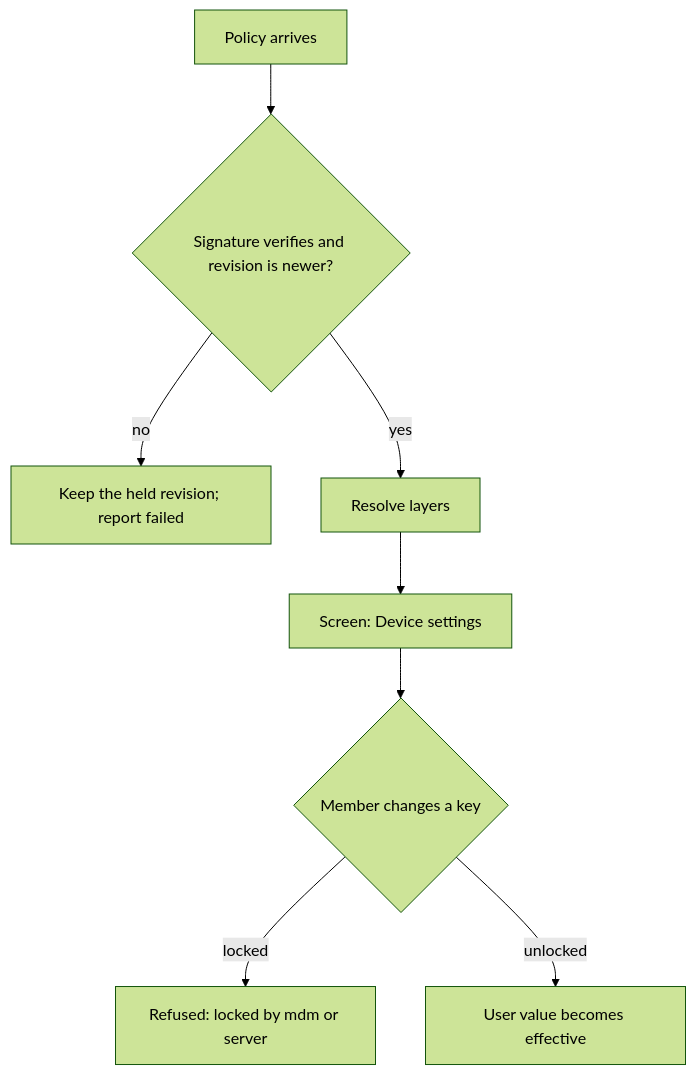
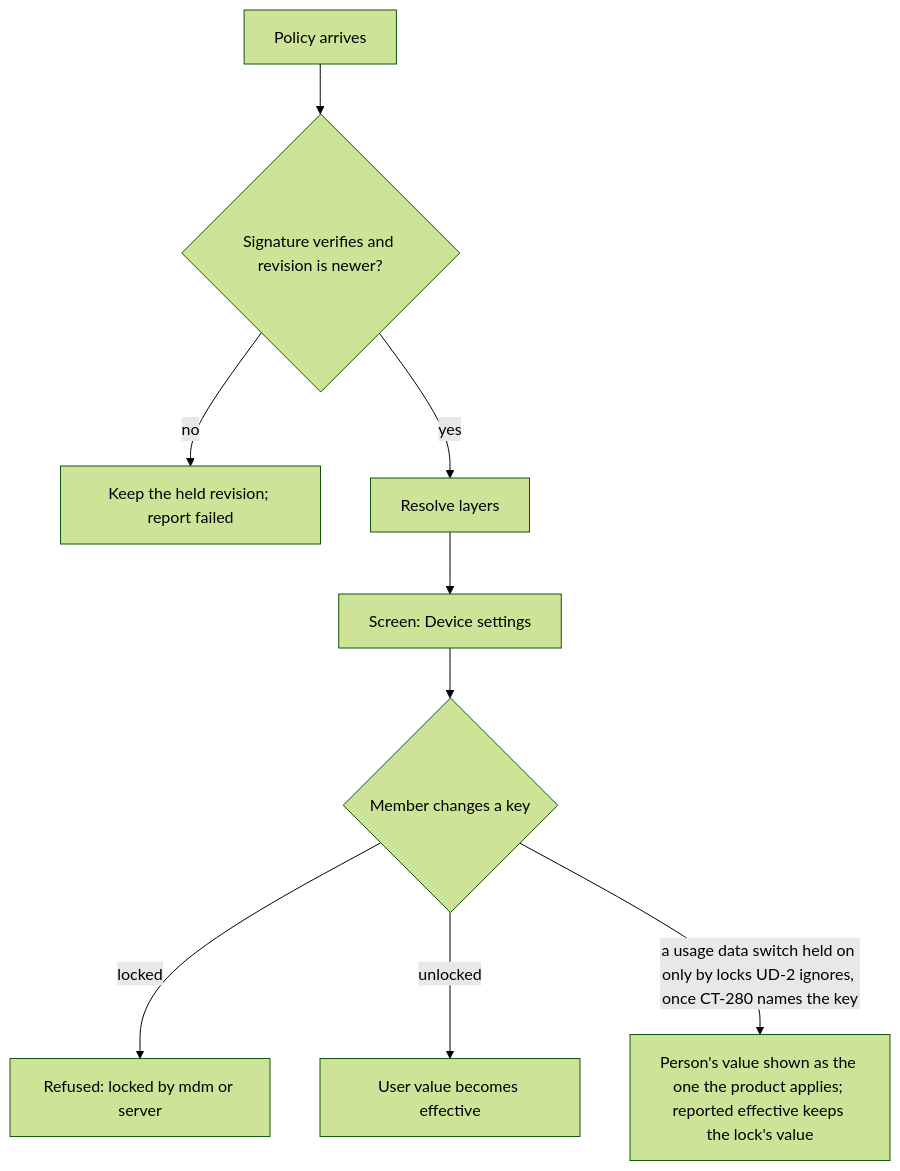
Before and after one commit to passioncode-ai/fabric-agent-contract: the seventh of 34 diagrams in docs/ux/flows.md, drawn with Mermaid (forest theme). The commit also changed other lines of this file and 19 other files, not shown here.

First line of the commit message:
DEC-0157 (CT-216): anonymous usage and error data, each product's own switch (#318)

````diff
--- a/docs/ux/flows.md
+++ b/docs/ux/flows.md
@@ -185,10 +185,11 @@
 ```mermaid
 flowchart TD
   P[Policy arrives] --> V{Signature verifies and revision is newer?}
   V -->|no| K[Keep the held revision; report failed]
   V -->|yes| R[Resolve layers]
   R --> S[Screen: Device settings]
   S --> C{Member changes a key}
   C -->|locked| X[Refused: locked by mdm or server]
   C -->|unlocked| U[User value becomes effective]
+  C -->|a usage data switch held on only by locks UD-2 ignores, once CT-280 names the key| A[Person's value shown as the one the product applies; reported effective keeps the lock's value]
 ```
````
